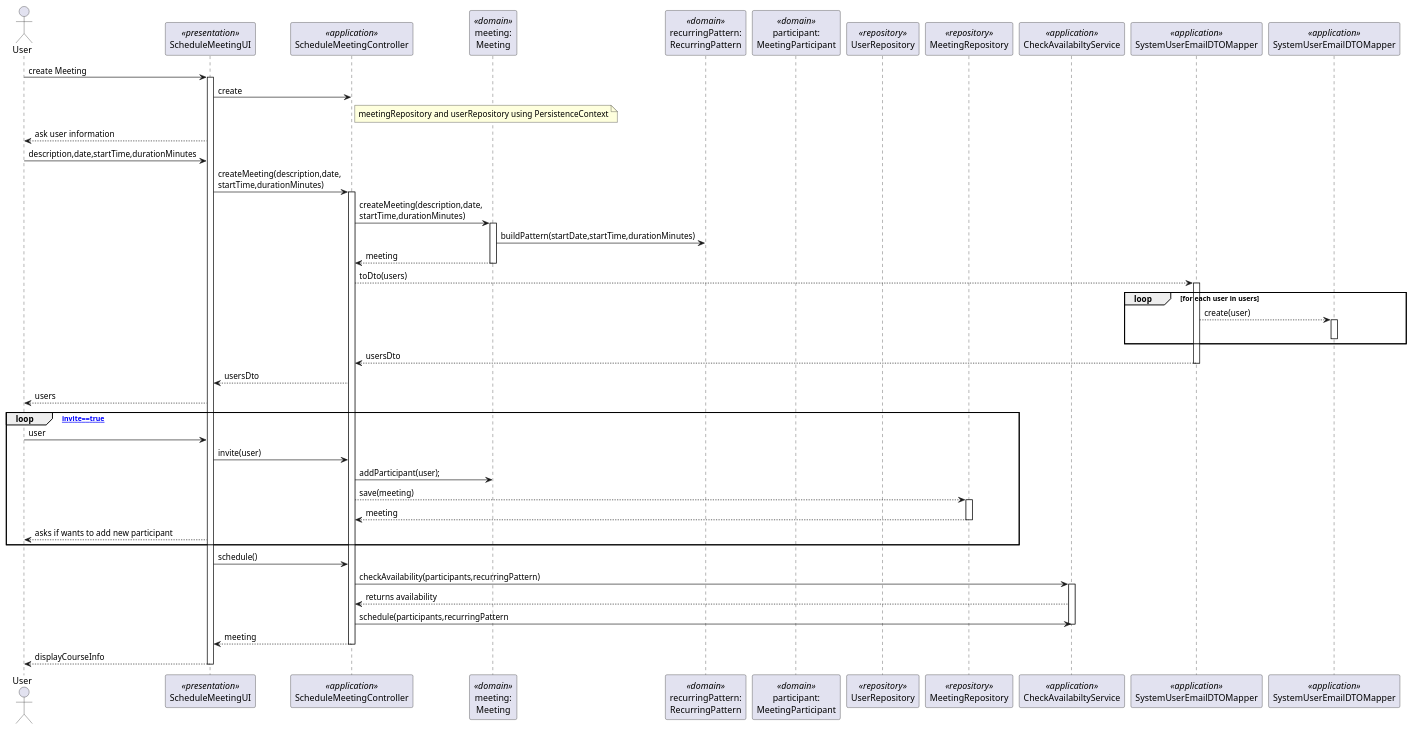
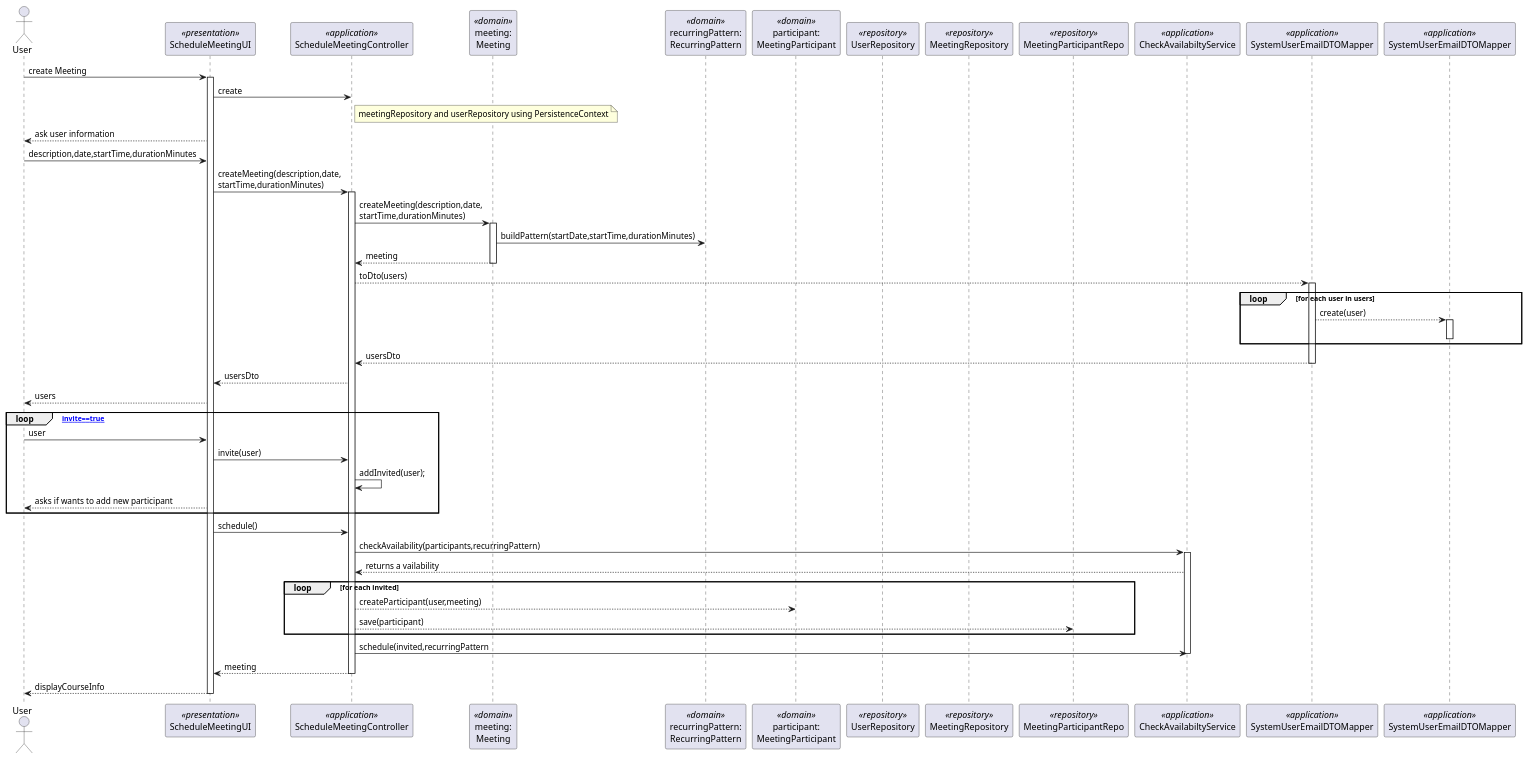
One commit to jovami/isep-lapr4 changed the diagram in docs/us_4001/SD.puml. Above: the diagram before and after it, drawn with PlantUML. The commit also changed 21 other files, not shown here.

Commit message:
feat(us_4001): implemented schedule Meeting fixes #15 - implemented concepts of Meeting and MeetingParticipant - unit tests - persistence - UI for each user and controller - created a dto to print the user email and name

```diff
--- a/docs/us_4001/SD.puml
+++ b/docs/us_4001/SD.puml
@@ -1,72 +1,76 @@
 @startuml
 
 skinparam packageStyle rect
 skinparam shadowing false
 
 actor User as Actor
 participant ScheduleMeetingUI as UI <<presentation>> order 1
 participant ScheduleMeetingController as Controller <<application>> order 2
 participant "meeting:\nMeeting" as Meeting <<domain>> order 3
 participant "recurringPattern:\nRecurringPattern" as Pattern <<domain>> order 4
 participant "participant:\nMeetingParticipant" as MeetingParticipant <<domain>> order 4
 participant UserRepository as UserRepo <<repository>> order 8
 participant MeetingRepository as MeetingRepo <<repository>> order 9
+participant MeetingParticipantRepo as participantRepo <<repository>> order 10
 participant CheckAvailabiltyService as AvailService <<application>> order 11
 participant SystemUserEmailDTOMapper as Mapper <<application>> order 12
 participant SystemUserEmailDTOMapper as DTO <<application>> order 13
 
 Actor -> UI : create Meeting
 activate UI
     UI -> Controller : create
             note right of Controller : meetingRepository and userRepository using PersistenceContext
 
     deactivate Controller
     Actor <-- UI : ask user information
     Actor -> UI : description,date,startTime,durationMinutes
     UI -> Controller : createMeeting(description,date,\nstartTime,durationMinutes)
     activate Controller
             Controller -> Meeting : createMeeting(description,date,\nstartTime,durationMinutes)
             activate Meeting
                 Meeting -> Pattern : buildPattern(startDate,startTime,durationMinutes)
             Controller <-- Meeting : meeting
             deactivate Meeting
             Controller --> Mapper : toDto(users)
             loop for each user in users
             activate Mapper
             Mapper --> DTO : create(user)
             activate DTO
 
             deactivate DTO
             end
             Controller <-- Mapper : usersDto
             deactivate Mapper
             UI <-- Controller : usersDto
             Actor <-- UI : users
 
     loop [invite==true]
             Actor -> UI : user
             UI -> Controller : invite(user)
-        Controller -> Meeting : addParticipant(user);
-        Controller --> MeetingRepo: save(meeting)
-        activate MeetingRepo
-            Controller <-- MeetingRepo: meeting
+            Controller -> Controller : addInvited(user);
+
         deactivate MeetingRepo
         deactivate UserRepo
     deactivate UserRepo
     Actor <-- UI : asks if wants to add new participant
     end
 
     UI -> Controller : schedule()
 
     Controller -> AvailService : checkAvailability(participants,recurringPattern)
     activate AvailService
-    Controller <-- AvailService : returns availability
-    Controller -> AvailService : schedule(participants,recurringPattern
+     Controller <-- AvailService : returns a vailability
+    loop for each invited
+            Controller --> MeetingParticipant: createParticipant(user,meeting)
+            Controller --> participantRepo: save(participant)
+            activate MeetingRepo
+    end
+    Controller -> AvailService : schedule(invited,recurringPattern
     deactivate AvailService
 
     UI <-- Controller : meeting
     deactivate Controller
 Actor <-- UI : displayCourseInfo
 deactivate UI
 
 @enduml
```
